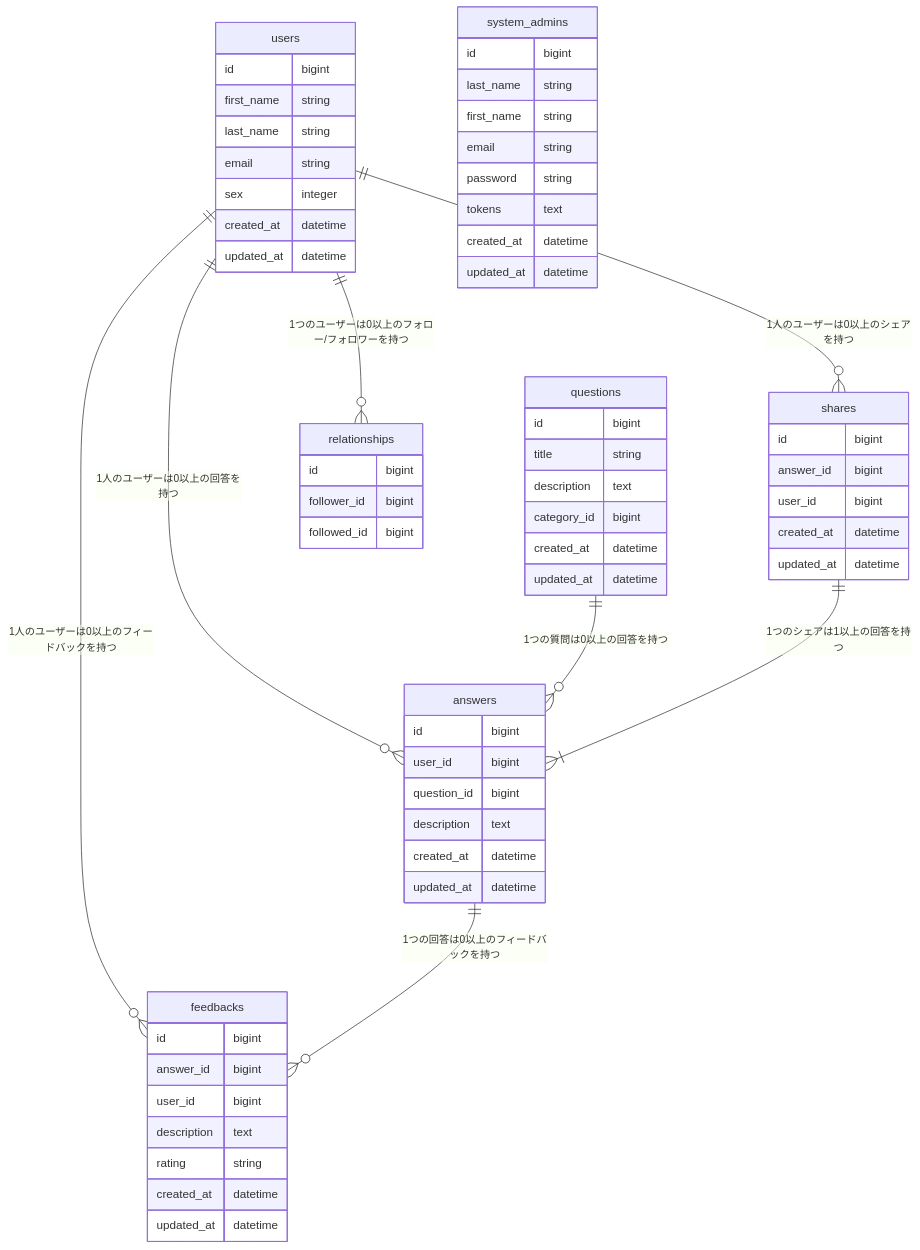
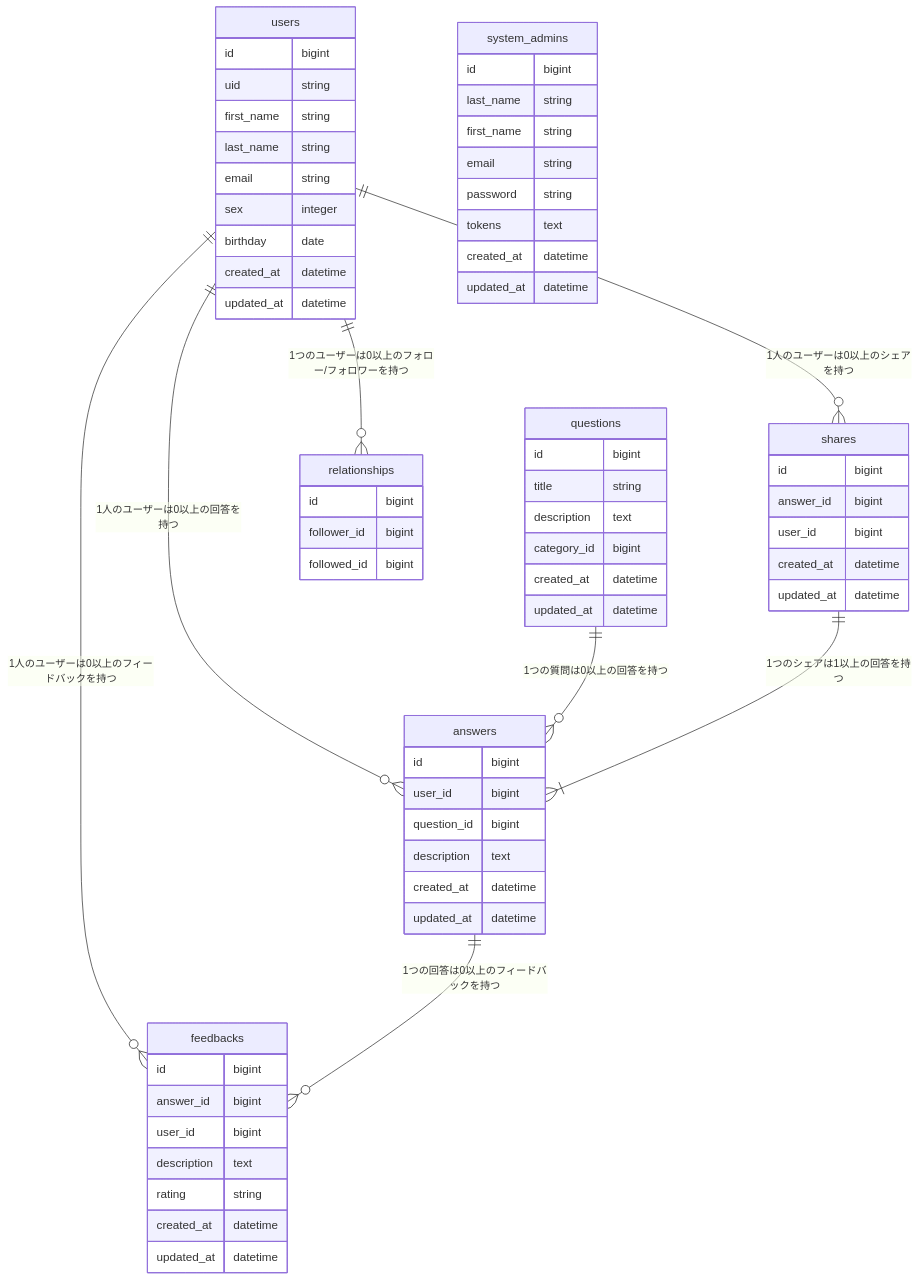
The diagram in README.md (miuradaiki/cross_coaching_api), drawn with Mermaid before and after one commit. The commit also changed 2 other files, not shown here.

Commit message:
add: some columns to users table

````diff
--- a/README.md
+++ b/README.md
@@ -10,74 +10,76 @@
 ```mermaid
 erDiagram
 users ||--o{ answers : "1人のユーザーは0以上の回答を持つ"
 users ||--o{ shares : "1人のユーザーは0以上のシェアを持つ"
 users ||--o{ feedbacks : "1人のユーザーは0以上のフィードバックを持つ"
 questions ||--o{ answers : "1つの質問は0以上の回答を持つ"
 shares ||--|{ answers : "1つのシェアは1以上の回答を持つ"
 answers ||--o{ feedbacks : "1つの回答は0以上のフィードバックを持つ"
 users ||--o{ relationships : "1つのユーザーは0以上のフォロー/フォロワーを持つ"
 
 
 system_admins {
   id bigint
   last_name string
   first_name string
   email string
   password string
   tokens text
   created_at datetime
   updated_at datetime
 }
 
 users {
   id bigint
+  uid string
   first_name string
   last_name string
   email string
   sex integer
+  birthday date
   created_at datetime
   updated_at datetime
 }
 
 questions {
   id bigint
   title string
   description text
   category_id bigint
   created_at datetime
   updated_at datetime
 }
 
 answers {
   id bigint
   user_id bigint
   question_id bigint
   description text
   created_at datetime
   updated_at datetime
 }
 
 shares {
   id bigint
   answer_id bigint
   user_id bigint
   created_at datetime
   updated_at datetime
 }
 
 feedbacks {
   id bigint
   answer_id bigint
   user_id bigint
   description text
   rating string
   created_at datetime
   updated_at datetime
 }
 
 relationships {
   id bigint
   follower_id bigint
   followed_id bigint
 }
 ```
````
